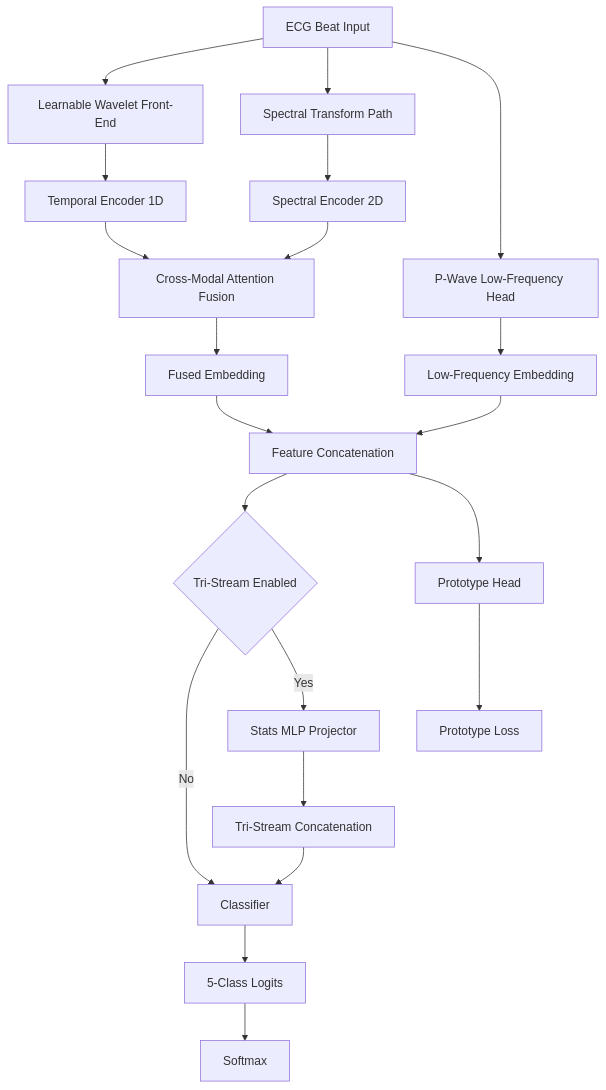
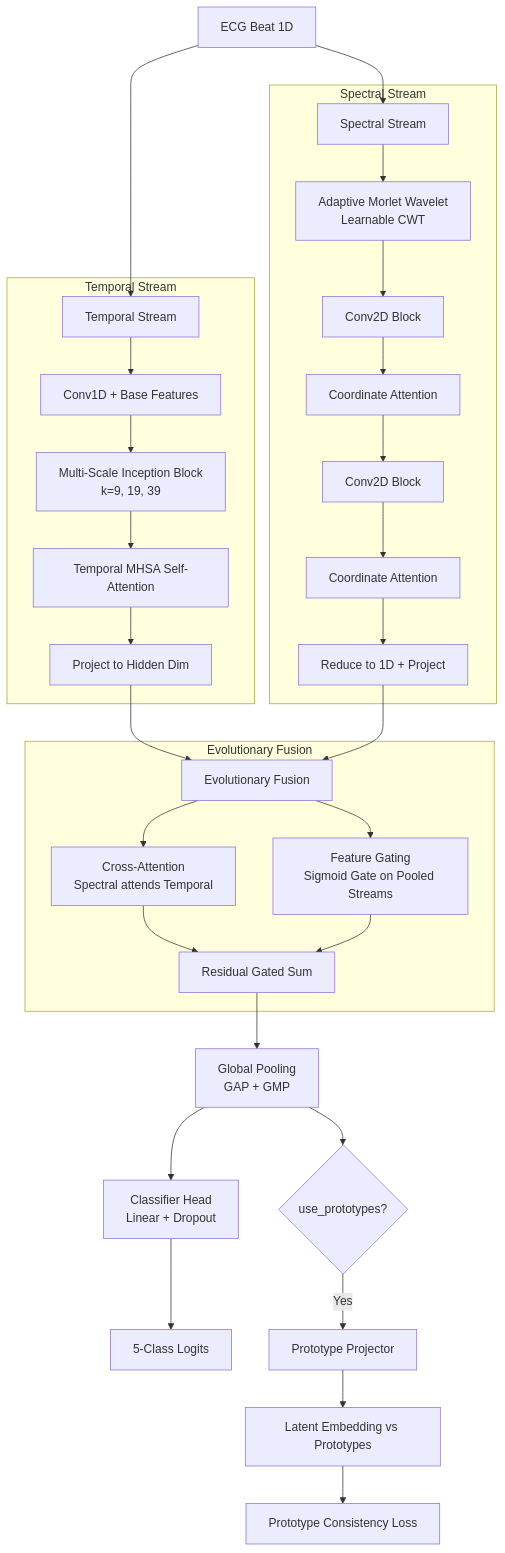
Before and after one commit to HardikNegi9/Guide: the first of 2 diagrams in NSHT_PAPER3_STUDY_GUIDE.md, drawn with Mermaid. The commit also changed other lines of this file and 5 other files, not shown here.

````diff
--- a/NSHT_PAPER3_STUDY_GUIDE.md
+++ b/NSHT_PAPER3_STUDY_GUIDE.md
@@ -591,29 +583,40 @@
 ```mermaid
 flowchart TD
-  A[ECG Beat Input] --> B[Learnable Wavelet Front-End]
-  A --> C[Spectral Transform Path]
-  A --> D[P-Wave Low-Frequency Head]
+  A[ECG Beat 1D] --> B1[Temporal Stream]
+  A --> B2[Spectral Stream]
 
-  B --> E[Temporal Encoder 1D]
-  C --> F[Spectral Encoder 2D]
+  subgraph Temporal Stream
+    B1 --> C1[Conv1D + Base Features]
+    C1 --> C2[Multi-Scale Inception Block \n k=9, 19, 39]
+    C2 --> C3[Temporal MHSA Self-Attention]
+    C3 --> C4[Project to Hidden Dim]
+  end
 
-  E --> G[Cross-Modal Attention Fusion]
-  F --> G
+  subgraph Spectral Stream
+    B2 --> D1[Adaptive Morlet Wavelet\nLearnable CWT]
+    D1 --> D2[Conv2D Block]
+    D2 --> D3[Coordinate Attention]
+    D3 --> D4[Conv2D Block]
+    D4 --> D5[Coordinate Attention]
+    D5 --> D6[Reduce to 1D + Project]
+  end
 
-  G --> H[Fused Embedding]
-  D --> I[Low-Frequency Embedding]
+  C4 --> E[Evolutionary Fusion]
+  D6 --> E
 
-  H --> J[Feature Concatenation]
-  I --> J
+  subgraph Evolutionary Fusion
+    E --> F1[Cross-Attention\nSpectral attends Temporal]
+    E --> F2[Feature Gating\nSigmoid Gate on Pooled Streams]
+    F1 --> F3[Combine Streams]
+    F2 --> F3[Residual Gated Sum]
+  end
 
-  J --> K{Tri-Stream Enabled}
-  K -->|No| L[Classifier]
-  K -->|Yes| M[Stats MLP Projector]
-  M --> N[Tri-Stream Concatenation]
-  N --> L
-
-  L --> O[5-Class Logits]
-  O --> P[Softmax]
-  J --> Q[Prototype Head]
-  Q --> R[Prototype Loss]
+  F3 --> G[Global Pooling \n GAP + GMP]
+  G --> H[Classifier Head \n Linear + Dropout]
+  H --> I[5-Class Logits]
+  
+  G --> J{use_prototypes?}
+  J -->|Yes| K[Prototype Projector]
+  K --> L[Latent Embedding vs Prototypes]
+  L --> M[Prototype Consistency Loss]
 ```
````
